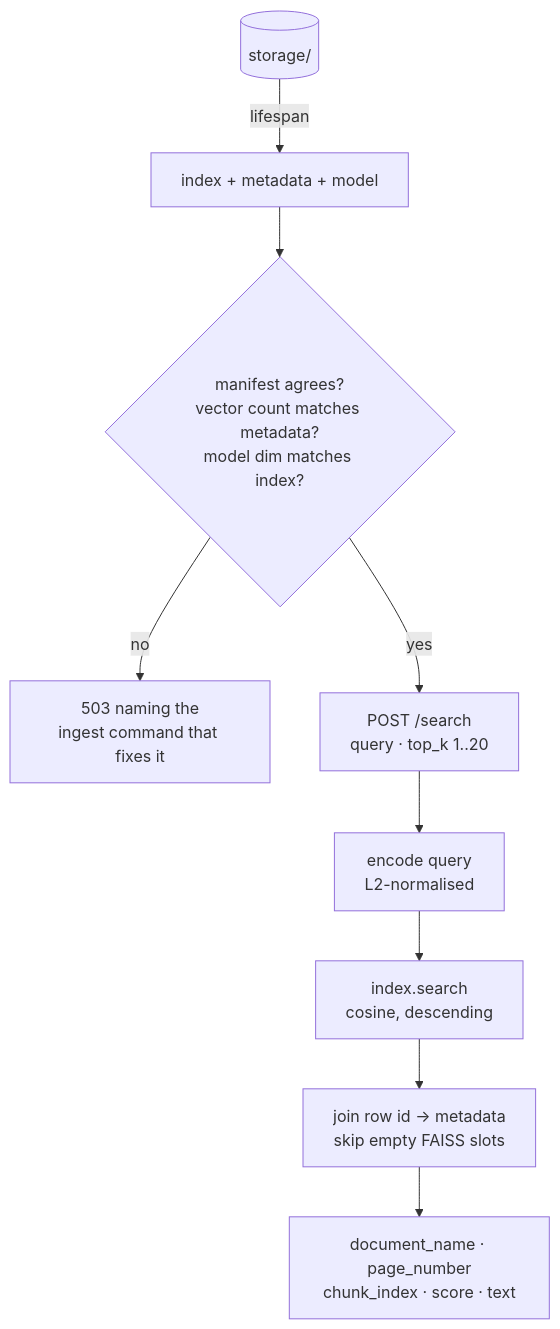
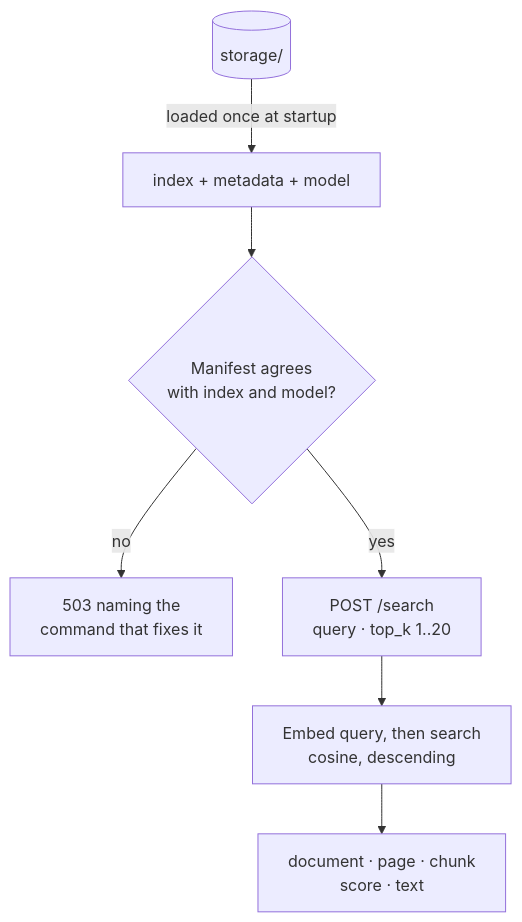
The second of 3 diagrams in README.md (soneeee22000/pdf-search-api), drawn with Mermaid before and after one commit. The commit also changed other lines of this file, not shown here.

First line of the commit message:
docs: compact the pipeline diagrams

````diff
--- a/README.md
+++ b/README.md
@@ -211,11 +207,9 @@
 ```mermaid
 flowchart TD
-  S[("storage/")] -->|lifespan| L[index + metadata + model]
-  L --> V{manifest agrees?<br/>vector count matches metadata?<br/>model dim matches index?}
-  V -->|no| X[503 naming the<br/>ingest command that fixes it]
+  S[("storage/")] -->|"loaded once at startup"| L["index + metadata + model"]
+  L --> V{"Manifest agrees<br/>with index and model?"}
+  V -->|no| X["503 naming the<br/>command that fixes it"]
   V -->|yes| Q["POST /search<br/>query · top_k 1..20"]
-  Q --> W[encode query<br/>L2-normalised]
-  W --> Y["index.search<br/>cosine, descending"]
-  Y --> Z["join row id → metadata<br/>skip empty FAISS slots"]
-  Z --> O["document_name · page_number<br/>chunk_index · score · text"]
+  Q --> W["Embed query, then search<br/>cosine, descending"]
+  W --> O["document · page · chunk<br/>score · text"]
 ```
````
